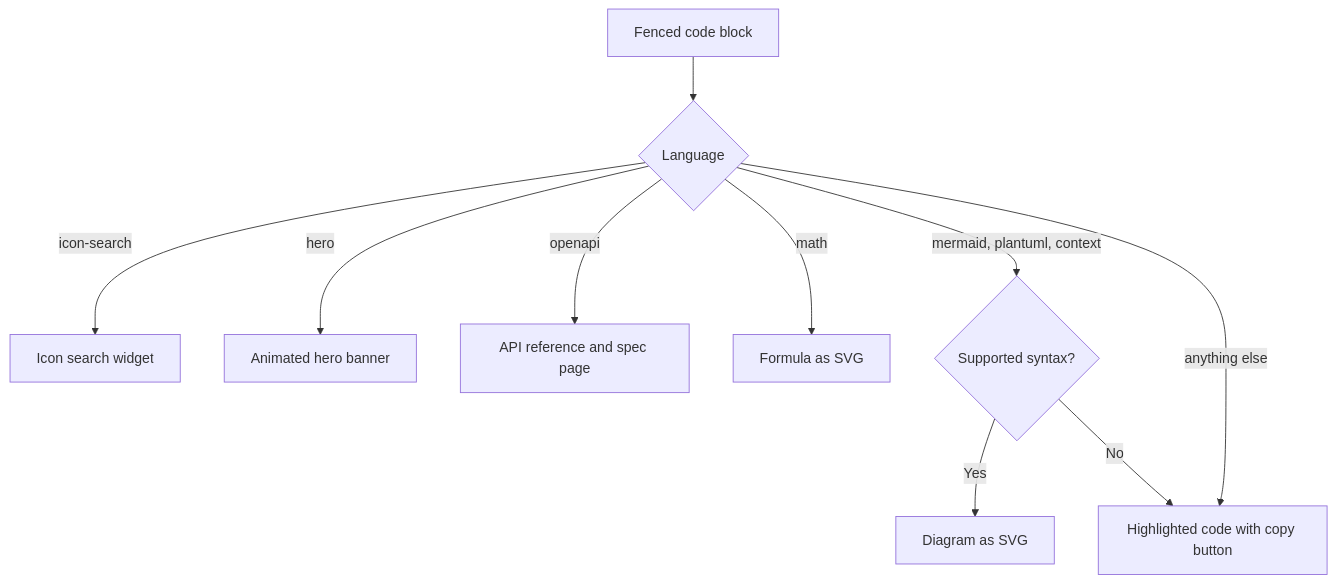
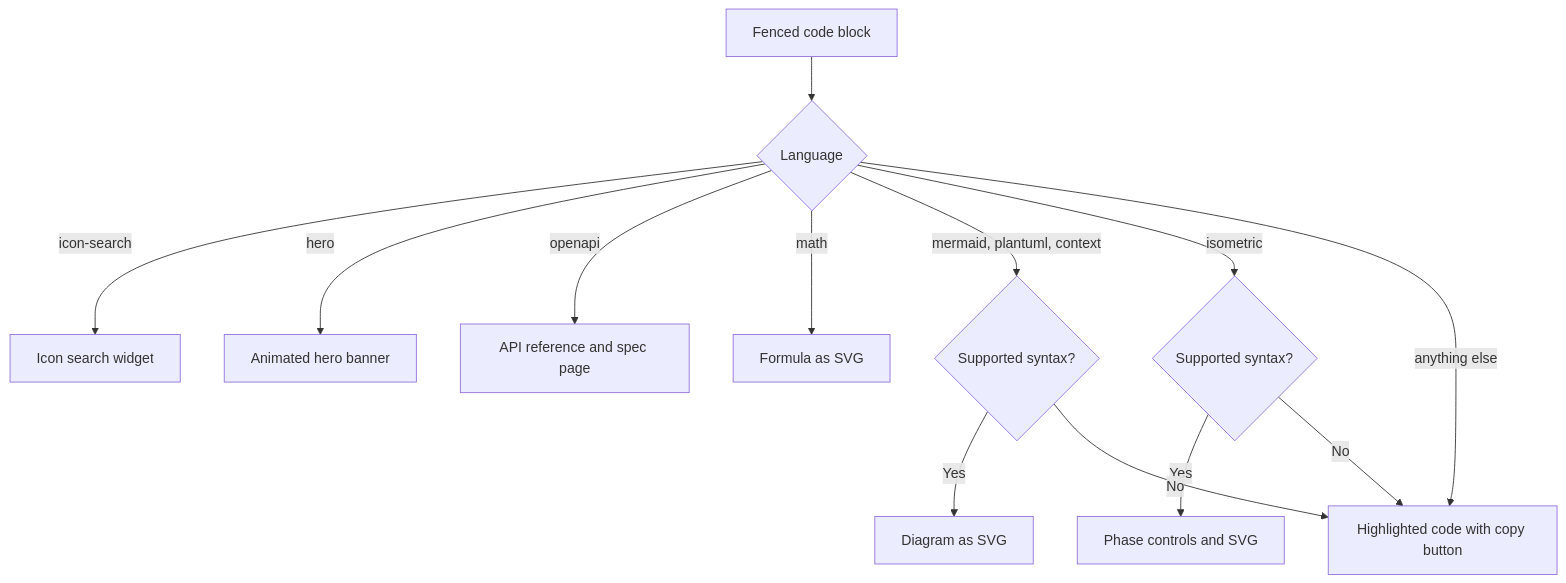
Before and after one commit to capjan/mdu: the second of 2 diagrams in Docs/Architecture/Details/Rendering.md, drawn with Mermaid. The commit also changed other lines of this file and 16 other files, not shown here.

First line of the commit message:
docs: update outdated pages to match the current CLI and architecture (#223)

````diff
--- a/Docs/Architecture/Details/Rendering.md
+++ b/Docs/Architecture/Details/Rendering.md
@@ -45,19 +46,23 @@
 ```mermaid
 flowchart TD
     accTitle: Code block dispatch
     Block[Fenced code block] --> Lang{Language}
     Lang -->|icon-search| Search[Icon search widget]
     Lang -->|hero| Hero[Animated hero banner]
     Lang -->|openapi| OpenApi[API reference and spec page]
     Lang -->|math| Math[Formula as SVG]
     Lang -->|mermaid, plantuml, context| Diagram{Supported syntax?}
     Diagram -->|Yes| Svg[Diagram as SVG]
+    Lang -->|isometric| Iso{Supported syntax?}
+    Iso -->|Yes| IsoHtml[Phase controls and SVG]
+    Iso -->|No| Code
     Diagram -->|No| Code
     Lang -->|anything else| Code[Highlighted code with copy button]
     click Search href "../../Features/Icons-and-Emojis.md#search"
     click Hero href "../../Features/Hero.md"
     click OpenApi href "../../Features/OpenAPI.md"
     click Math href "../../Features/Math.md"
     click Svg href "../../Features/Diagrams.md"
+    click IsoHtml href "../../Features/Diagrams.md#isometric-diagrams"
     click Code href "../../Features/CodeBlocks.md"
 ```
````
